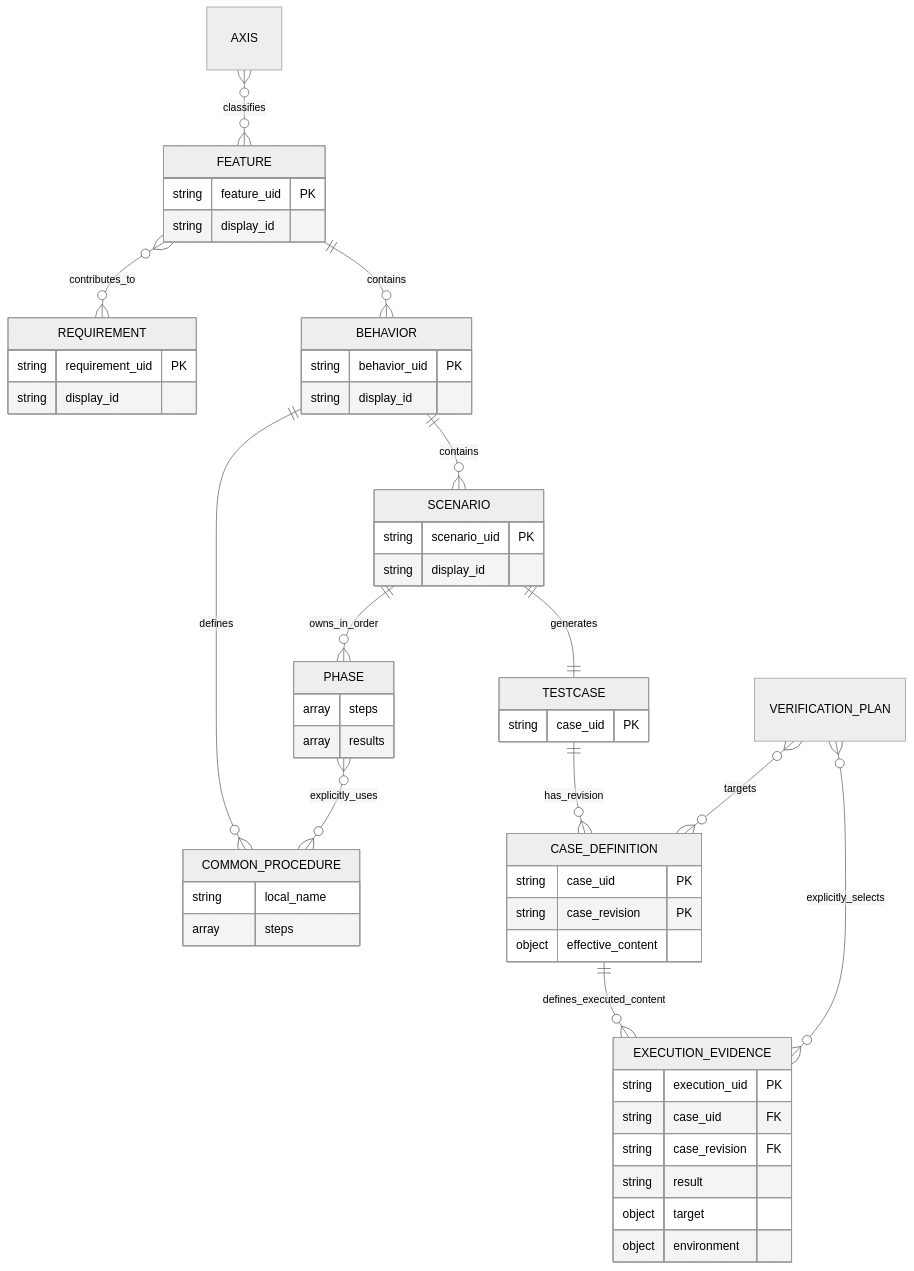
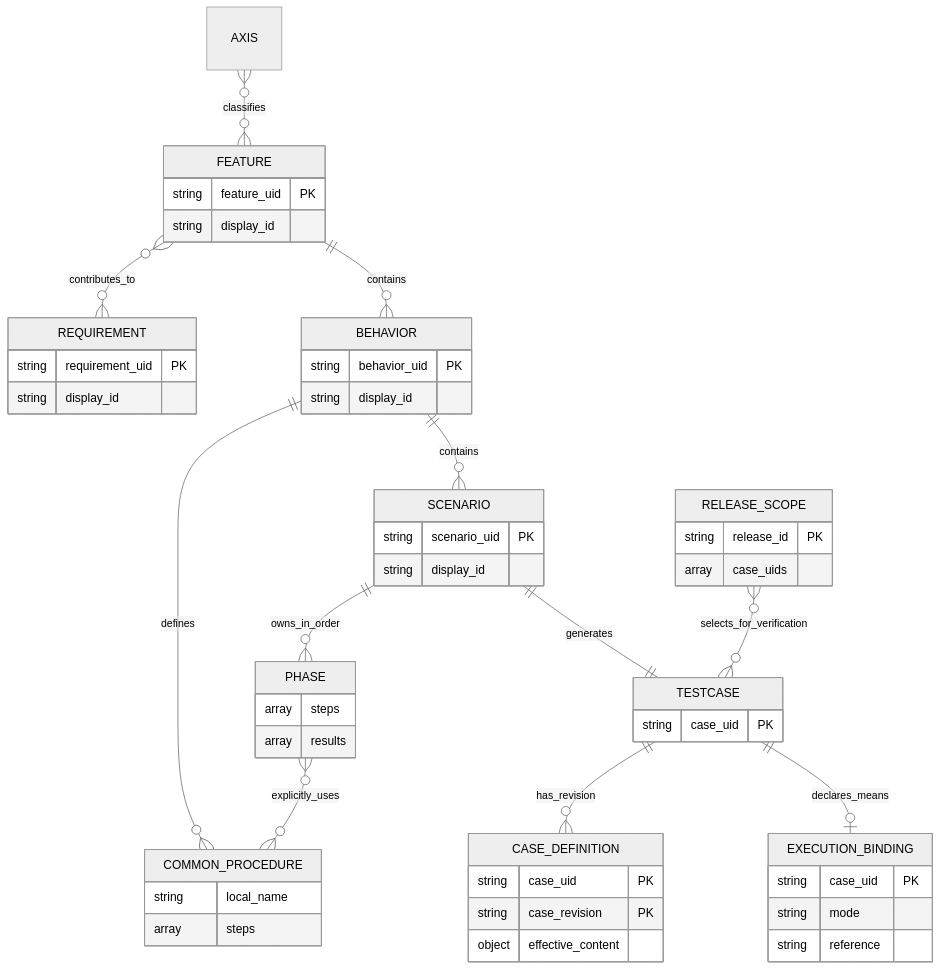
Before and after one commit to markharness/markharness: the second of 3 diagrams in docs/ja/テスト知識管理のGit-nativeモデル_統合版.md, drawn with Mermaid (neutral theme). The commit also changed other lines of this file and 1 other file, not shown here.

````diff
--- a/docs/ja/テスト知識管理のGit-nativeモデル_統合版.md
+++ b/docs/ja/テスト知識管理のGit-nativeモデル_統合版.md
@@ -82,56 +83,56 @@
 ```mermaid
 erDiagram
   FEATURE }o--o{ REQUIREMENT : contributes_to
   AXIS }o--o{ FEATURE : classifies
   FEATURE ||--o{ BEHAVIOR : contains
   BEHAVIOR ||--o{ COMMON_PROCEDURE : defines
   BEHAVIOR ||--o{ SCENARIO : contains
   SCENARIO ||--o{ PHASE : owns_in_order
   PHASE }o--o{ COMMON_PROCEDURE : explicitly_uses
   SCENARIO ||--|| TESTCASE : generates
   TESTCASE ||--o{ CASE_DEFINITION : has_revision
-  CASE_DEFINITION ||--o{ EXECUTION_EVIDENCE : defines_executed_content
-  VERIFICATION_PLAN }o--o{ CASE_DEFINITION : targets
-  VERIFICATION_PLAN }o--o{ EXECUTION_EVIDENCE : explicitly_selects
+  TESTCASE ||--o| EXECUTION_BINDING : declares_means
+  RELEASE_SCOPE }o--o{ TESTCASE : selects_for_verification
 
   REQUIREMENT {
     string requirement_uid PK
     string display_id
   }
   FEATURE {
     string feature_uid PK
     string display_id
   }
   BEHAVIOR {
     string behavior_uid PK
     string display_id
   }
   SCENARIO {
     string scenario_uid PK
     string display_id
   }
   PHASE {
     array steps
     array results
   }
   COMMON_PROCEDURE {
     string local_name
     array steps
   }
   TESTCASE {
     string case_uid PK
   }
   CASE_DEFINITION {
     string case_uid PK
     string case_revision PK
     object effective_content
   }
-  EXECUTION_EVIDENCE {
-    string execution_uid PK
-    string case_uid FK
-    string case_revision FK
-    string result
-    object target
-    object environment
+  EXECUTION_BINDING {
+    string case_uid PK
+    string mode
+    string reference
+  }
+  RELEASE_SCOPE {
+    string release_id PK
+    array case_uids
   }
 ```
````
